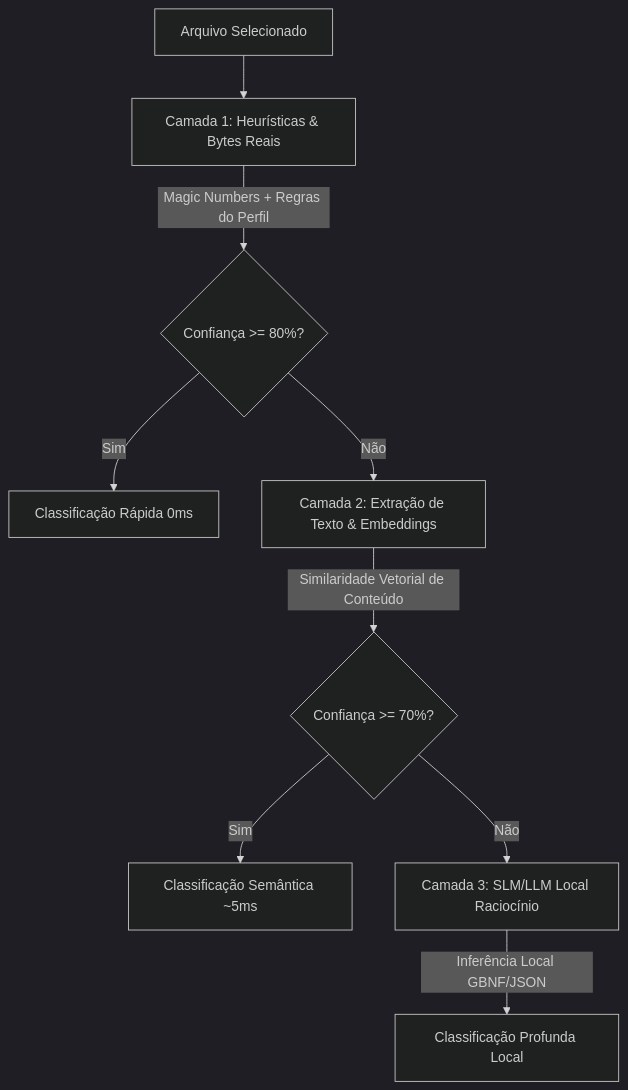
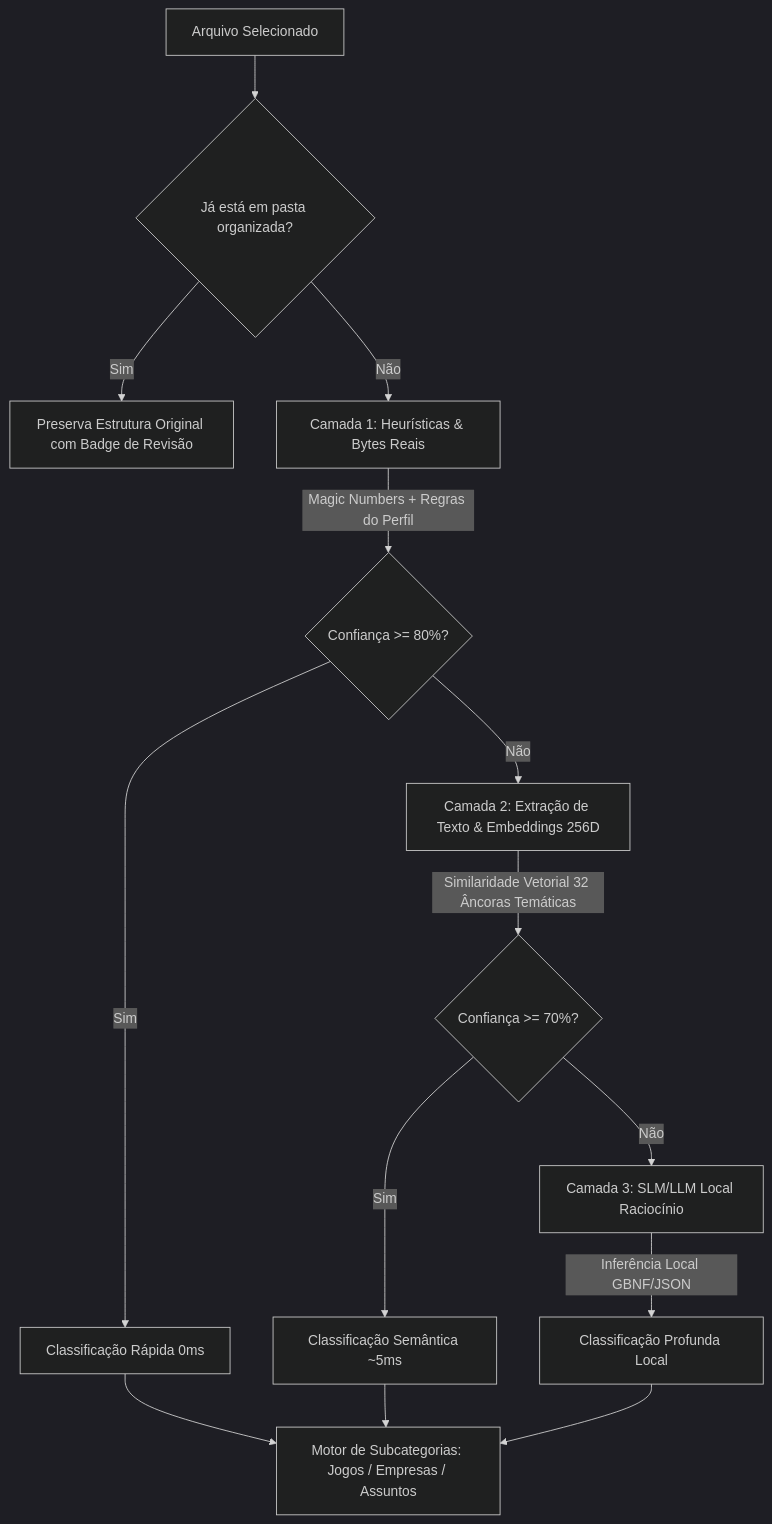
Before and after one commit to pongitV/Indexo: the first of 2 diagrams in README.md, drawn with Mermaid (dark theme). The commit also changed other lines of this file and 1 other file, not shown here.

Commit message:
docs: atualiza documentacao completa do README e README_EN com subcategorias, preservacao e renomeador

````diff
--- a/README.md
+++ b/README.md
@@ -74,11 +78,16 @@
 ```mermaid
 graph TD
-    A[Arquivo Selecionado] --> B[Camada 1: Heurísticas & Bytes Reais]
+    A[Arquivo Selecionado] --> P{Já está em pasta organizada?}
+    P -->|Sim| PRESERV[Preserva Estrutura Original com Badge de Revisão]
+    P -->|Não| B[Camada 1: Heurísticas & Bytes Reais]
     B -->|Magic Numbers + Regras do Perfil| Z{Confiança >= 80%?}
     Z -->|Sim| R1[Classificação Rápida 0ms]
-    Z -->|Não| C[Camada 2: Extração de Texto & Embeddings]
-    C -->|Similaridade Vetorial de Conteúdo| Y{Confiança >= 70%?}
+    Z -->|Não| C[Camada 2: Extração de Texto & Embeddings 256D]
+    C -->|Similaridade Vetorial 32 Âncoras Temáticas| Y{Confiança >= 70%?}
     Y -->|Sim| R2[Classificação Semântica ~5ms]
     Y -->|Não| D[Camada 3: SLM/LLM Local Raciocínio]
     D -->|Inferência Local GBNF/JSON| R3[Classificação Profunda Local]
+    R1 --> SUB[Motor de Subcategorias: Jogos / Empresas / Assuntos]
+    R2 --> SUB
+    R3 --> SUB
 ```
````
